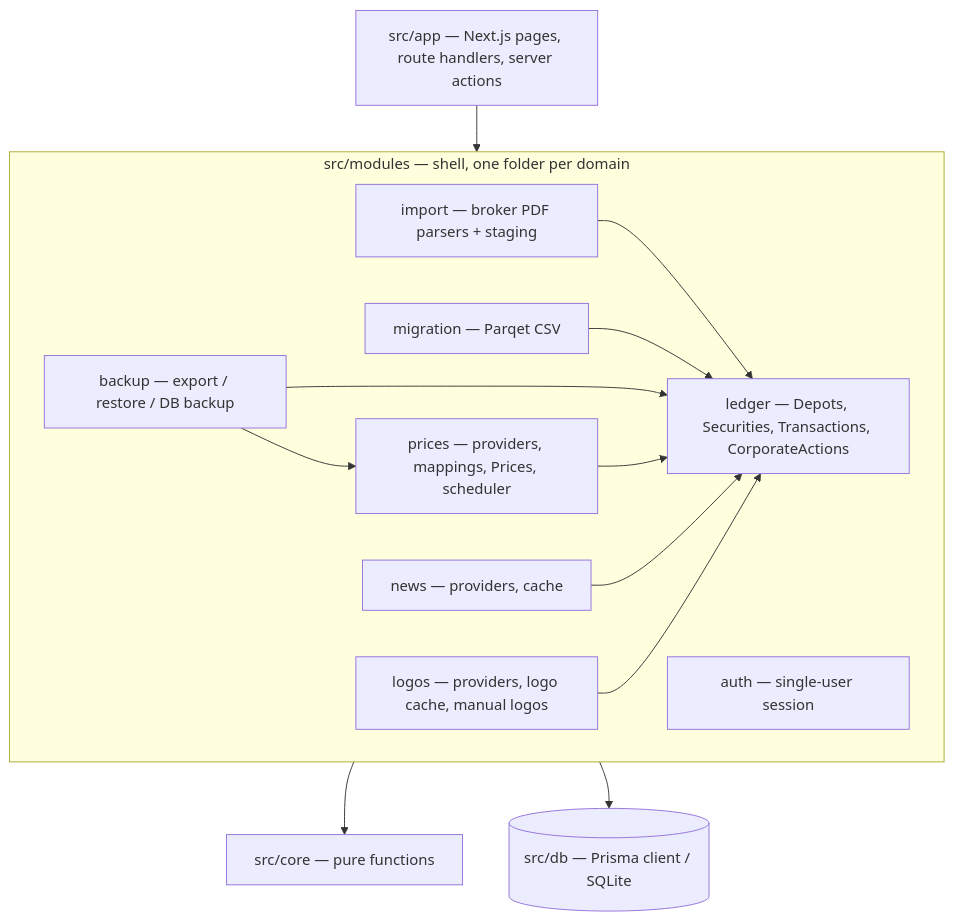
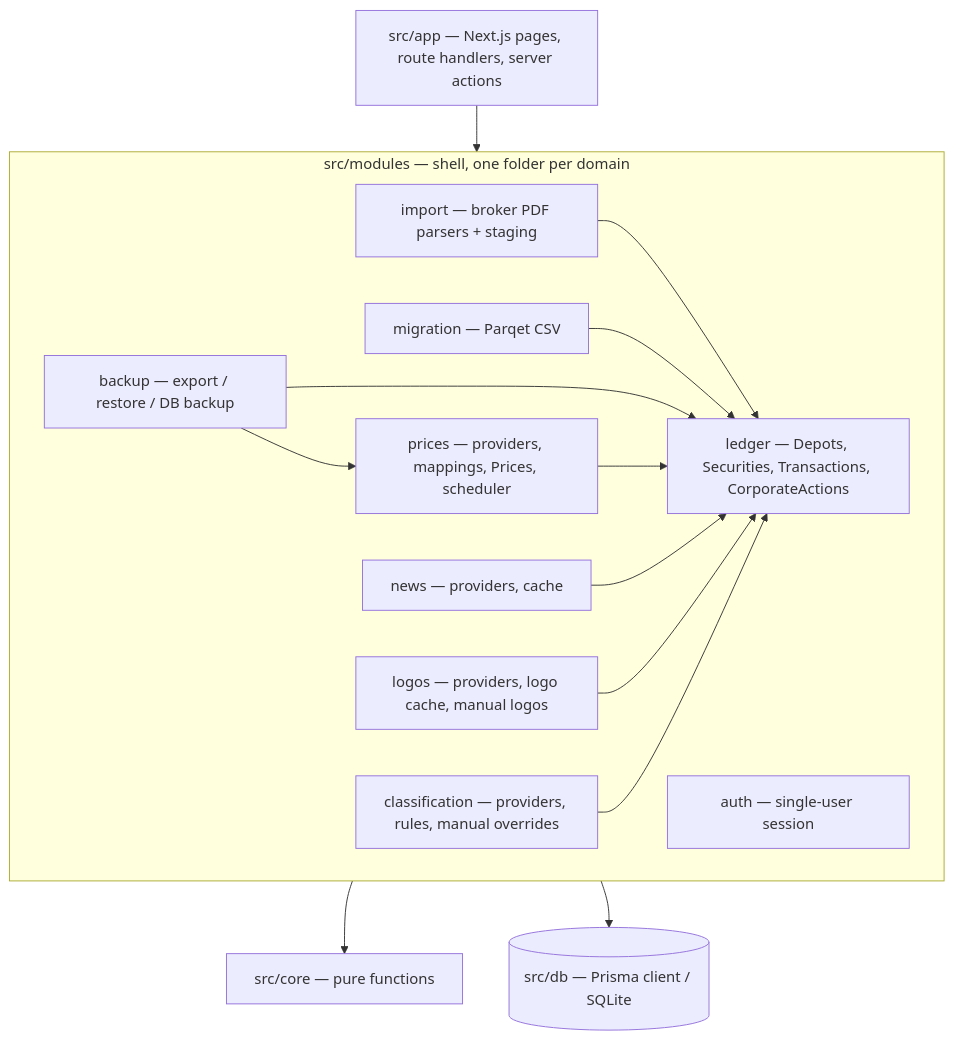
Before and after one commit to dreyer-thomas/DepotManagement: the first of 3 diagrams in _bmad-output/planning-artifacts/architecture/architecture-DepotManagement-2026-10-25/ARCHITECTURE-SPINE.md, drawn with Mermaid. The commit also changed other lines of this file and 10 other files, not shown here.

````diff
--- a/_bmad-output/planning-artifacts/architecture/architecture-DepotManagement-2026-10-25/ARCHITECTURE-SPINE.md
+++ b/_bmad-output/planning-artifacts/architecture/architecture-DepotManagement-2026-10-25/ARCHITECTURE-SPINE.md
@@ -32,23 +32,25 @@
 ```mermaid
 graph TD
   app["src/app — Next.js pages, route handlers, server actions"] --> modules
   subgraph modules["src/modules — shell, one folder per domain"]
     ledger["ledger — Depots, Securities, Transactions, CorporateActions"]
     import["import — broker PDF parsers + staging"]
     migration["migration — Parqet CSV"]
     prices["prices — providers, mappings, Prices, scheduler"]
     news["news — providers, cache"]
     logos["logos — providers, logo cache, manual logos"]
+    classification["classification — providers, rules, manual overrides"]
     backup["backup — export / restore / DB backup"]
     auth["auth — single-user session"]
   end
   import --> ledger
   migration --> ledger
   backup --> ledger
   backup --> prices
   prices --> ledger
   news --> ledger
   logos --> ledger
+  classification --> ledger
   modules --> core["src/core — pure functions"]
   modules --> db[("src/db — Prisma client / SQLite")]
 ```
````
